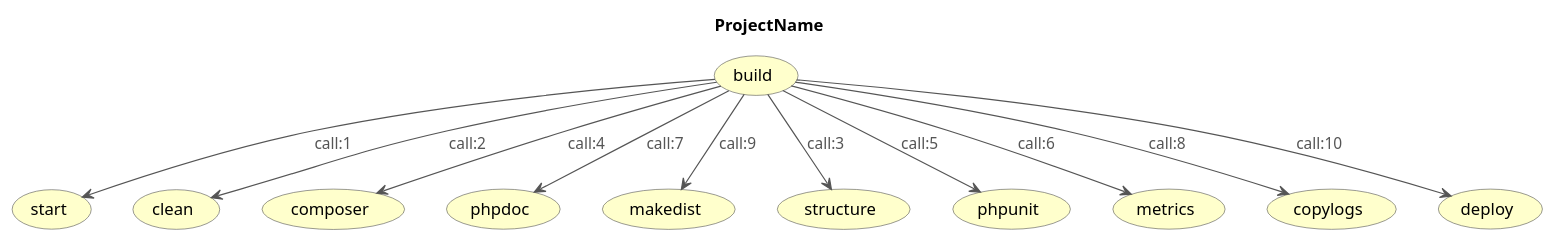
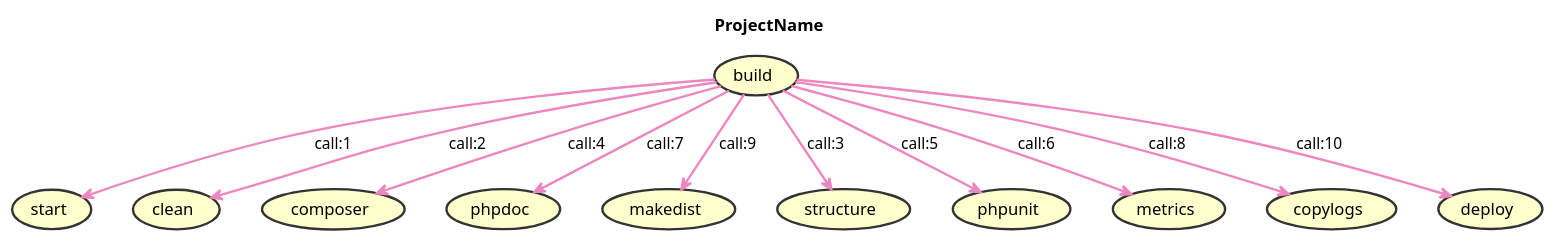
One commit to jawira/phing-visualizer changed the diagram in resources/puml/gist-alphabraga.puml. Above: the diagram before and after it, drawn with PlantUML. The commit also changed 19 other files, not shown here.

```diff
--- a/resources/puml/gist-alphabraga.puml
+++ b/resources/puml/gist-alphabraga.puml
@@ -1,40 +1,35 @@
 @startuml
 
 title ProjectName
-hide stereotype
-skinparam Arrow {
-Color #555555
-FontColor #555555
-}
-skinparam UseCase {
-BackgroundColor #FFFFCC
-BorderColor #555555
-}
+skinparam ArrowFontColor Black
+skinparam ArrowThickness 2
+skinparam UseCaseBackgroundColor #FFFECC
+skinparam UseCaseBorderColor #333333
+skinparam UseCaseBorderThickness 2
+skinparam UseCaseFontColor Black
 
-skinparam UseCase {
-BackgroundColor<< ProjectName >> #FFFFCC
-}
-(build)<< ProjectName >>
-(start)<< ProjectName >>
-(clean)<< ProjectName >>
-(composer)<< ProjectName >>
-(phpdoc)<< ProjectName >>
-(makedist)<< ProjectName >>
-(structure)<< ProjectName >>
-(phpunit)<< ProjectName >>
-(metrics)<< ProjectName >>
-(copylogs)<< ProjectName >>
-(deploy)<< ProjectName >>
+(build)
+(start)
+(clean)
+(composer)
+(phpdoc)
+(makedist)
+(structure)
+(phpunit)
+(metrics)
+(copylogs)
+(deploy)
 
 
-(build) --> (start) : call:1
-(build) --> (clean) : call:2
-(build) --> (structure) : call:3
-(build) --> (composer) : call:4
-(build) --> (phpunit) : call:5
-(build) --> (metrics) : call:6
-(build) --> (phpdoc) : call:7
-(build) --> (copylogs) : call:8
-(build) --> (makedist) : call:9
-(build) --> (deploy) : call:10
+(build) -[#EC87C0]-> (start) : call:1
+(build) -[#EC87C0]-> (clean) : call:2
+(build) -[#EC87C0]-> (structure) : call:3
+(build) -[#EC87C0]-> (composer) : call:4
+(build) -[#EC87C0]-> (phpunit) : call:5
+(build) -[#EC87C0]-> (metrics) : call:6
+(build) -[#EC87C0]-> (phpdoc) : call:7
+(build) -[#EC87C0]-> (copylogs) : call:8
+(build) -[#EC87C0]-> (makedist) : call:9
+(build) -[#EC87C0]-> (deploy) : call:10
+
 @enduml
```
